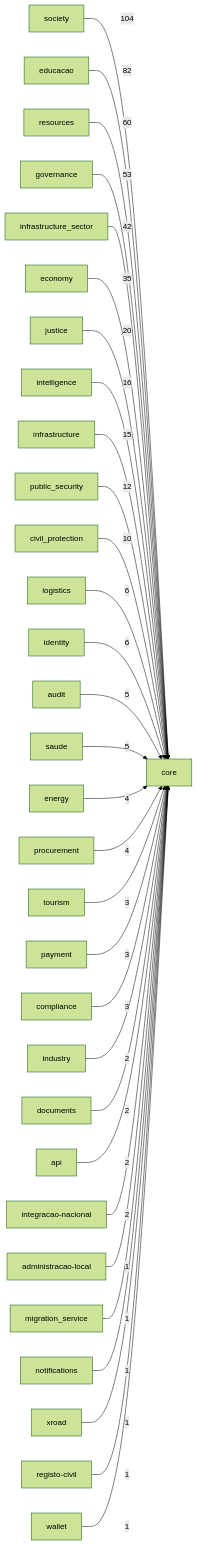
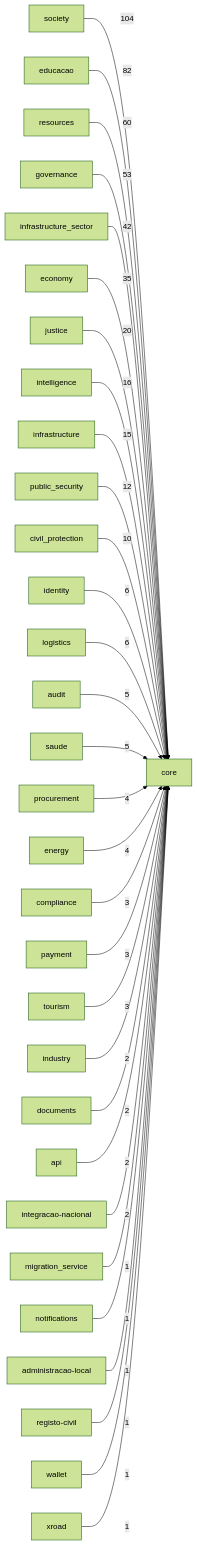
One commit to vitronishbo-wq/sila-system changed the diagram in reports/module_dependencies.md. Above: the diagram before and after it, drawn with Mermaid (forest theme). The commit also changed other lines of this file and 4 other files, not shown here.

````diff
--- a/reports/module_dependencies.md
+++ b/reports/module_dependencies.md
@@ -97,33 +97,33 @@
 ```mermaid
 graph LR
   society -->|104| core
   educacao -->|82| core
   resources -->|60| core
   governance -->|53| core
   infrastructure_sector -->|42| core
   economy -->|35| core
   justice -->|20| core
   intelligence -->|16| core
   infrastructure -->|15| core
   public_security -->|12| core
   civil_protection -->|10| core
+  identity -->|6| core
   logistics -->|6| core
-  identity -->|6| core
   audit -->|5| core
   saude -->|5| core
+  procurement -->|4| core
   energy -->|4| core
-  procurement -->|4| core
+  compliance -->|3| core
+  payment -->|3| core
   tourism -->|3| core
-  payment -->|3| core
-  compliance -->|3| core
   industry -->|2| core
   documents -->|2| core
   api -->|2| core
   integracao-nacional -->|2| core
-  administracao-local -->|1| core
   migration_service -->|1| core
   notifications -->|1| core
-  xroad -->|1| core
+  administracao-local -->|1| core
   registo-civil -->|1| core
   wallet -->|1| core
+  xroad -->|1| core
 ```
````
